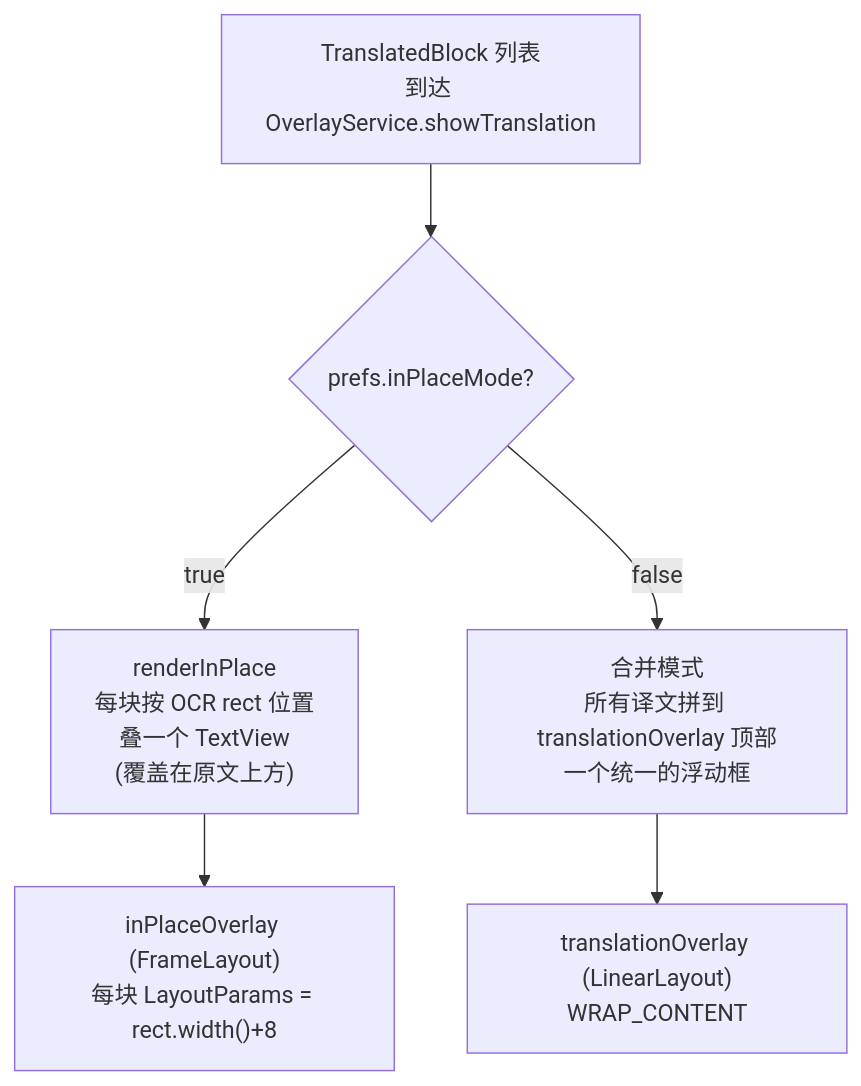
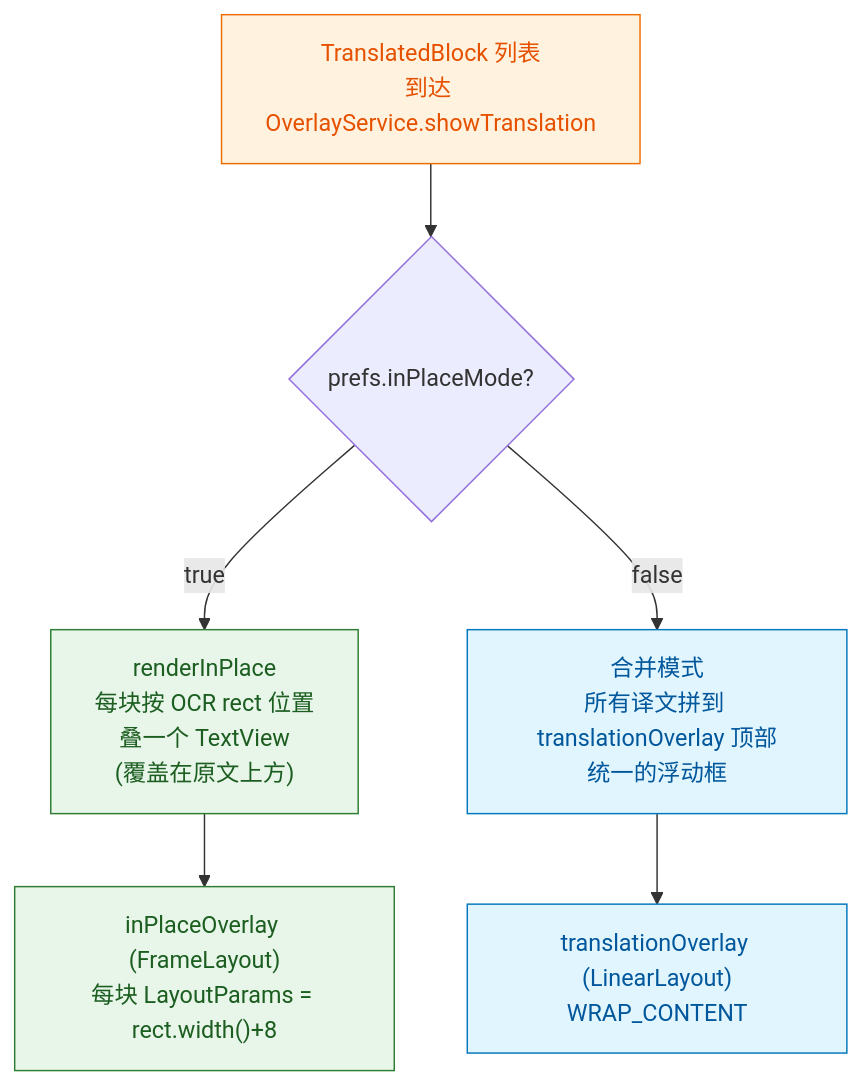
One commit to wilson15832/ocr_translator_ai changed the seventh of 8 diagrams in ARCHITECTURE.md. Above: the diagram before and after it, drawn with Mermaid. The commit also changed other lines of this file, not shown here.

````diff
--- a/ARCHITECTURE.md
+++ b/ARCHITECTURE.md
@@ -409,10 +476,14 @@
 ```mermaid
 flowchart TB
-    R["TranslatedBlock 列表<br/>到达 OverlayService.showTranslation"]
+    classDef start fill:#FFF3E0,stroke:#EF6C00,color:#E65100
+    classDef inplace fill:#E8F5E9,stroke:#2E7D32,color:#1B5E20
+    classDef merged fill:#E1F5FE,stroke:#0277BD,color:#01579B
+
+    R["TranslatedBlock 列表<br/>到达 OverlayService.showTranslation"]:::start
     R --> Q{"prefs.inPlaceMode?"}
-    Q -- "true" --> IP["renderInPlace<br/>每块按 OCR rect 位置<br/>叠一个 TextView<br/>(覆盖在原文上方)"]
-    Q -- "false" --> MG["合并模式<br/>所有译文拼到 translationOverlay 顶部<br/>一个统一的浮动框"]
+    Q -- "true" --> IP["renderInPlace<br/>每块按 OCR rect 位置<br/>叠一个 TextView<br/>(覆盖在原文上方)"]:::inplace
+    Q -- "false" --> MG["合并模式<br/>所有译文拼到 translationOverlay 顶部<br/>统一的浮动框"]:::merged
 
-    IP --> IPO["inPlaceOverlay (FrameLayout)<br/>每块 LayoutParams = rect.width()+8"]
-    MG --> TO["translationOverlay (LinearLayout)<br/>WRAP_CONTENT"]
+    IP --> IPO["inPlaceOverlay (FrameLayout)<br/>每块 LayoutParams = rect.width()+8"]:::inplace
+    MG --> TO["translationOverlay (LinearLayout)<br/>WRAP_CONTENT"]:::merged
 ```
````
